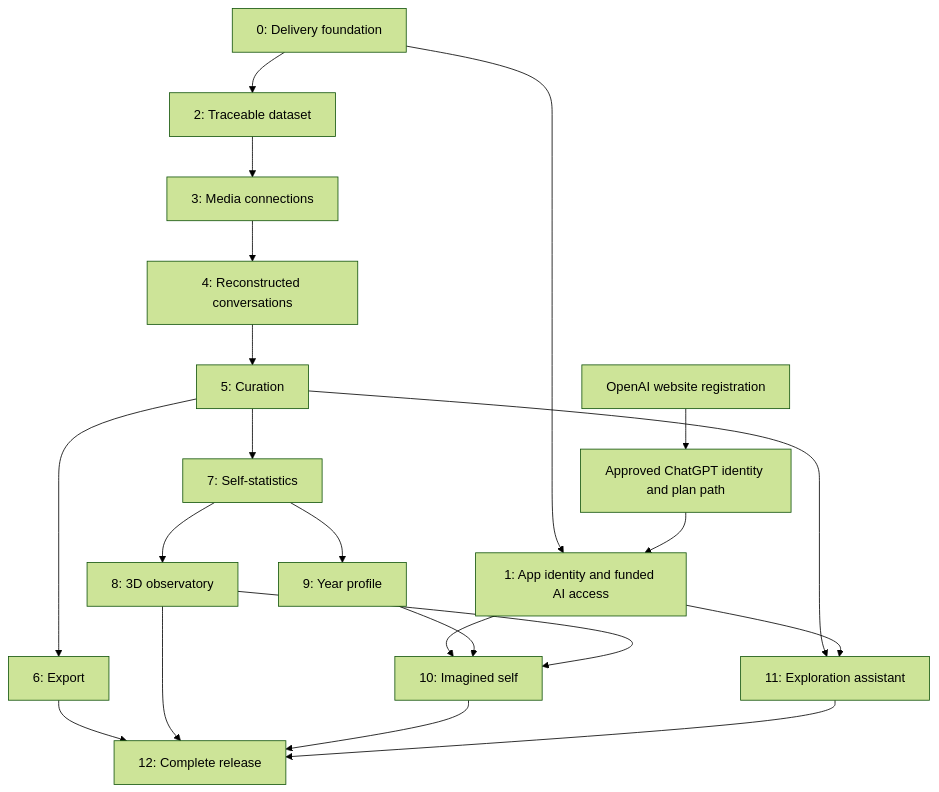
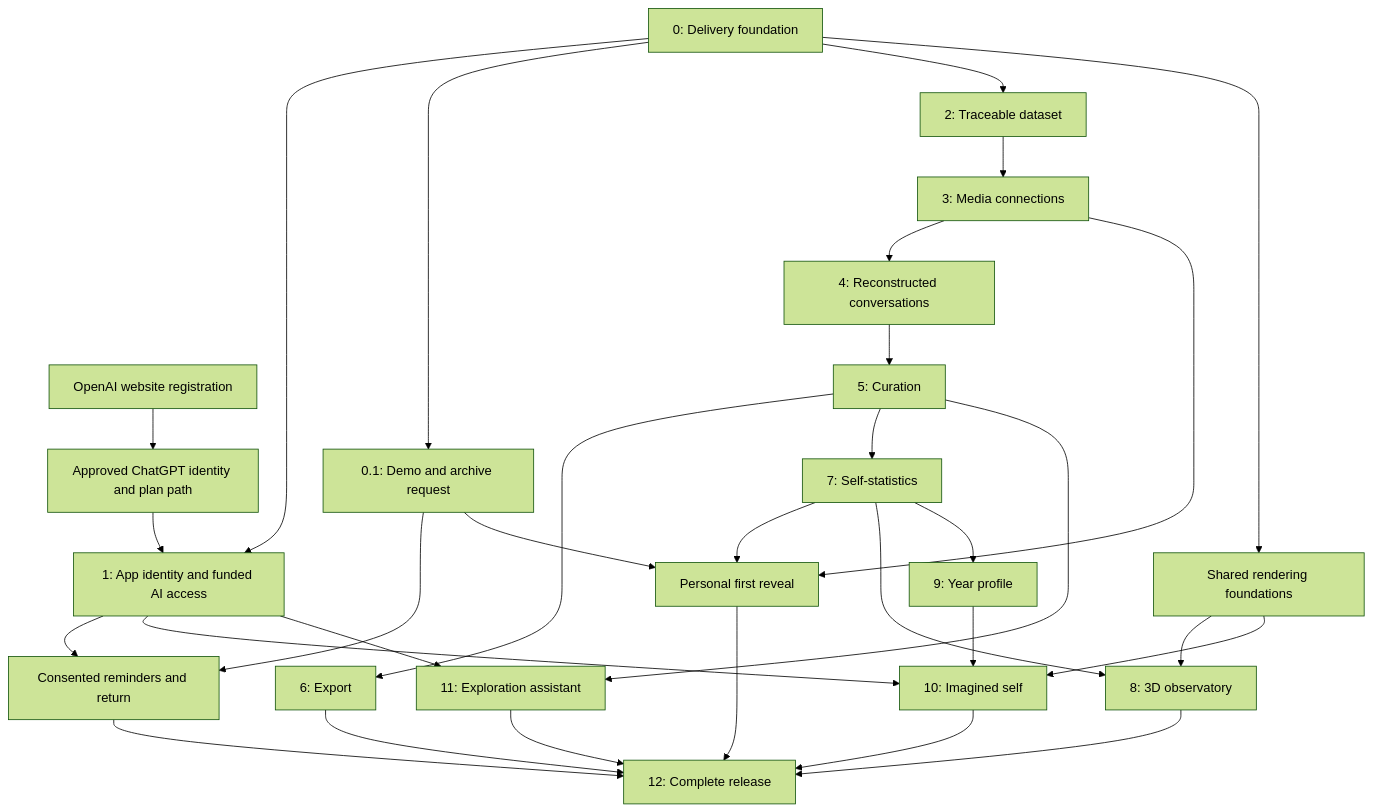
One commit to emiara-tech/snapchat-archive changed the diagram in MASTERPLAN.md. Above: the diagram before and after it, drawn with Mermaid (forest theme). The commit also changed other lines of this file and 9 other files, not shown here.

````diff
--- a/MASTERPLAN.md
+++ b/MASTERPLAN.md
@@ -113,23 +117,33 @@
 ```mermaid
 flowchart TD
     Foundation[0: Delivery foundation] --> Identity[1: App identity and funded AI access]
+    Foundation --> Arrival[0.1: Demo and archive request]
+    Identity --> Return[Consented reminders and return]
+    Arrival --> Return
     Registration[OpenAI website registration] --> ChatGPT[Approved ChatGPT identity and plan path]
     ChatGPT --> Identity
     Foundation --> Dataset[2: Traceable dataset]
     Dataset --> Links[3: Media connections]
     Links --> Chats[4: Reconstructed conversations]
     Chats --> Curation[5: Curation]
     Curation --> Export[6: Export]
     Curation --> Stats[7: Self-statistics]
+    Arrival --> Reveal[Personal first reveal]
+    Links --> Reveal
+    Stats --> Reveal
     Stats --> Observatory[8: 3D observatory]
     Stats --> Profile[9: Year profile]
     Identity --> YearRoom[10: Imagined self]
     Profile --> YearRoom
-    Observatory --> YearRoom
+    Foundation --> Rendering[Shared rendering foundations]
+    Rendering --> Observatory
+    Rendering --> YearRoom
     Curation --> Assistant[11: Exploration assistant]
     Identity --> Assistant
     Export --> Release[12: Complete release]
+    Reveal --> Release
+    Return --> Release
     Observatory --> Release
     YearRoom --> Release
     Assistant --> Release
 ```
````
